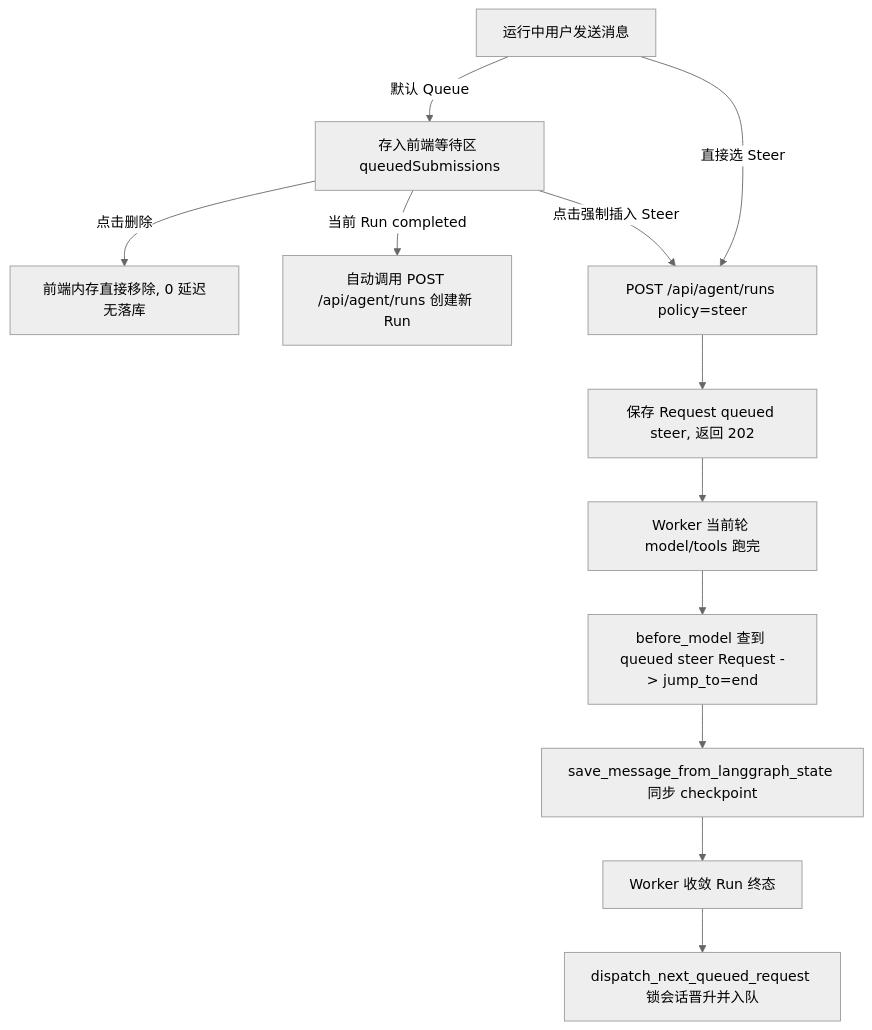
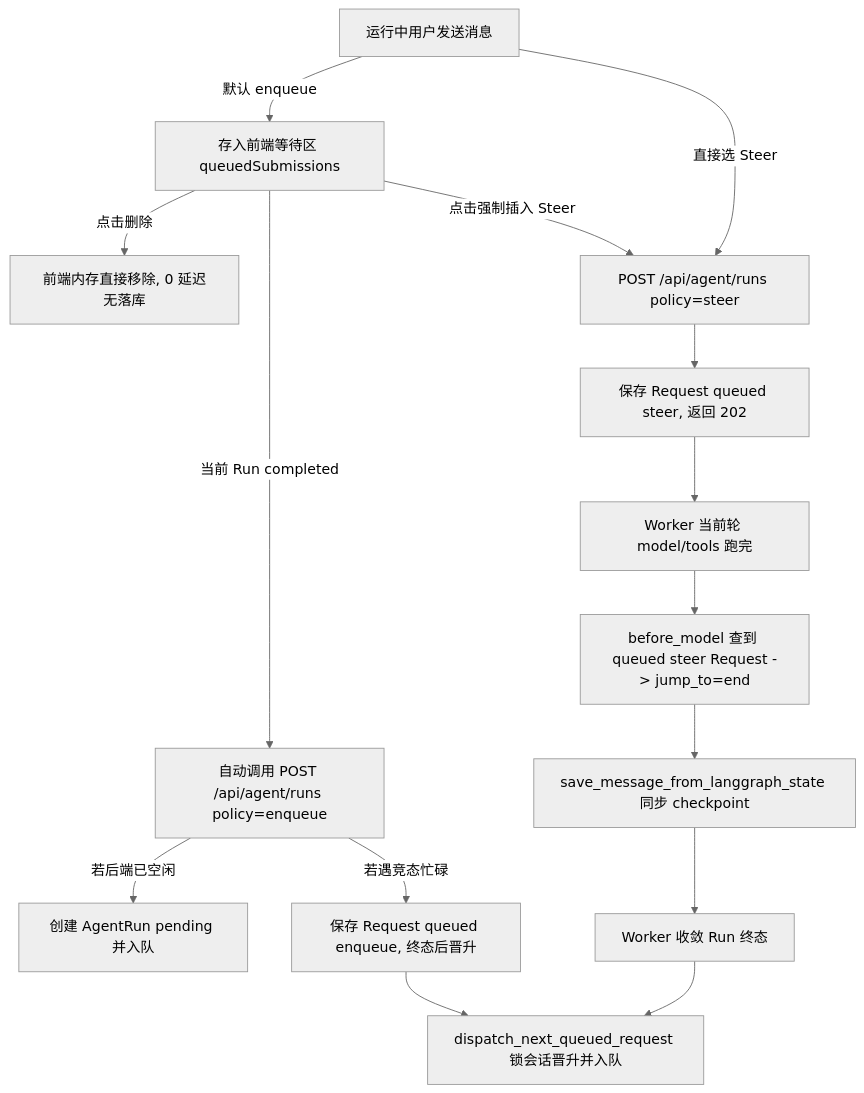
The second of 2 diagrams in docs/spec/run/request-dispatch/spec.md (Agent-Multiverse-Lab/agent-stack), drawn with Mermaid (neutral theme) before and after one commit. The commit also changed other lines of this file and 3 other files, not shown here.

````diff
--- a/docs/spec/run/request-dispatch/spec.md
+++ b/docs/spec/run/request-dispatch/spec.md
@@ -210,14 +213,17 @@
 ```mermaid
 flowchart TD
-    A[运行中用户发送消息] -->|默认 Queue| B[存入前端等待区 queuedSubmissions]
+    A[运行中用户发送消息] -->|默认 enqueue| B[存入前端等待区 queuedSubmissions]
     B -->|点击删除| C[前端内存直接移除, 0 延迟无落库]
-    B -->|当前 Run completed| D[自动调用 POST /api/agent/runs 创建新 Run]
+    B -->|当前 Run completed| D[自动调用 POST /api/agent/runs policy=enqueue]
+    D -->|若后端已空闲| L[创建 AgentRun pending 并入队]
+    D -->|若遇竞态忙碌| M[保存 Request queued enqueue, 终态后晋升]
     B -->|点击强制插入 Steer| E[POST /api/agent/runs policy=steer]
     A -->|直接选 Steer| E
     E --> F[保存 Request queued steer, 返回 202]
     F --> G[Worker 当前轮 model/tools 跑完]
     G --> H[before_model 查到 queued steer Request -> jump_to=end]
     H --> I[save_message_from_langgraph_state 同步 checkpoint]
     I --> J[Worker 收敛 Run 终态]
     J --> K[dispatch_next_queued_request 锁会话晋升并入队]
+    M --> K
 ```
````
